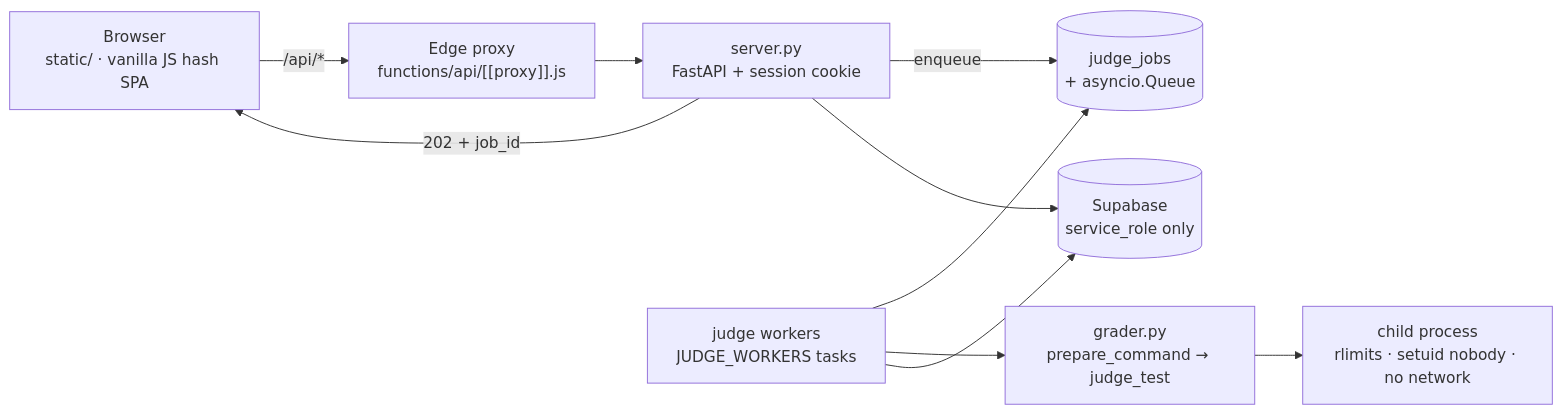
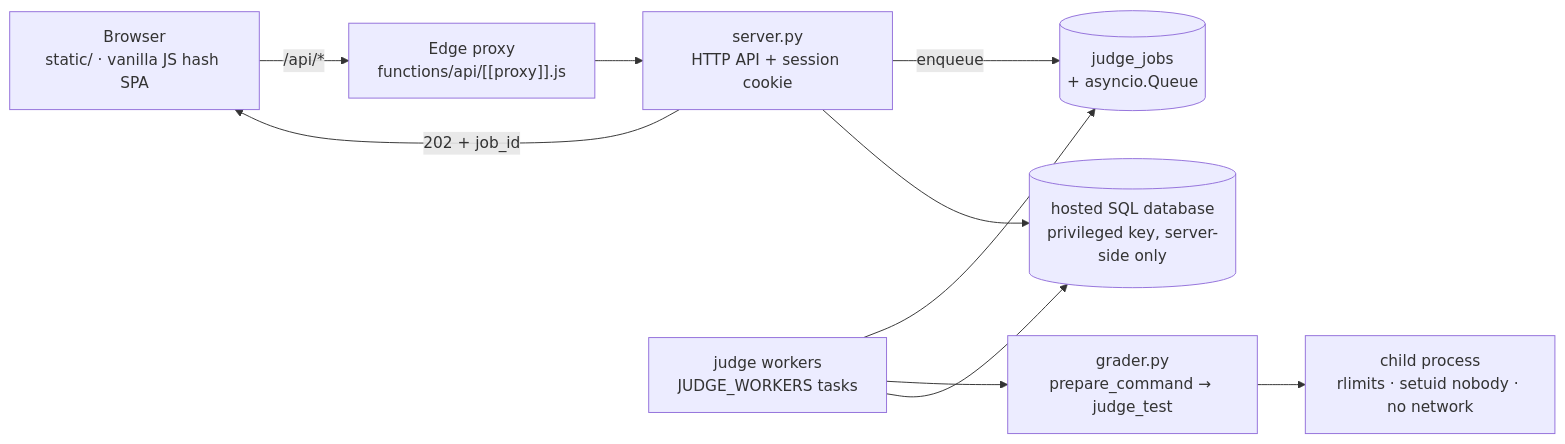
Before and after one commit to n3wbiekkkk/Newbiegrader: the diagram in README.md, drawn with Mermaid. The commit also changed other lines of this file, not shown here.

First line of the commit message:
README: describe the stack by role instead of naming other products

````diff
--- a/README.md
+++ b/README.md
@@ -34,12 +36,12 @@
 ```mermaid
 graph LR
   B["Browser<br/>static/ · vanilla JS hash SPA"] -->|"/api/*"| P["Edge proxy<br/>functions/api/[[proxy]].js"]
-  P --> S["server.py<br/>FastAPI + session cookie"]
+  P --> S["server.py<br/>HTTP API + session cookie"]
   S -->|"202 + job_id"| B
   S -->|"enqueue"| Q[("judge_jobs<br/>+ asyncio.Queue")]
   W["judge workers<br/>JUDGE_WORKERS tasks"] --> Q
   W --> G["grader.py<br/>prepare_command → judge_test"]
   G --> X["child process<br/>rlimits · setuid nobody · no network"]
-  W --> DB[("Supabase<br/>service_role only")]
+  W --> DB[("hosted SQL database<br/>privileged key, server-side only")]
   S --> DB
 ```
````
